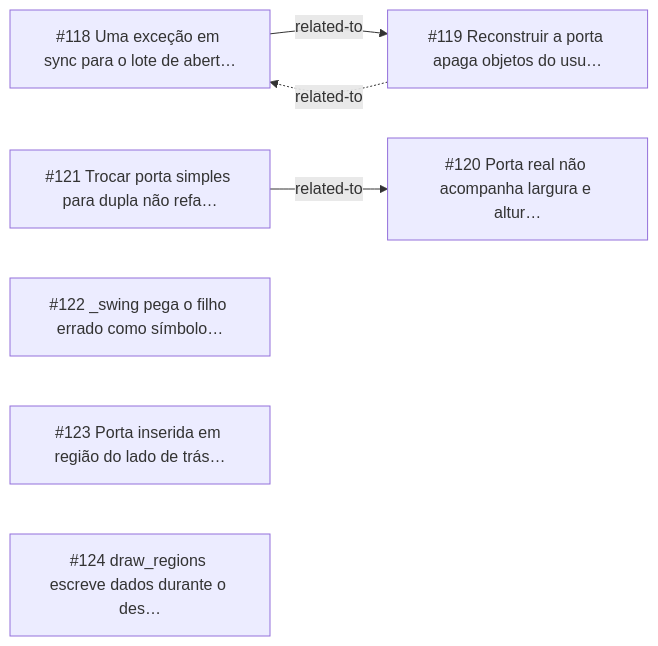
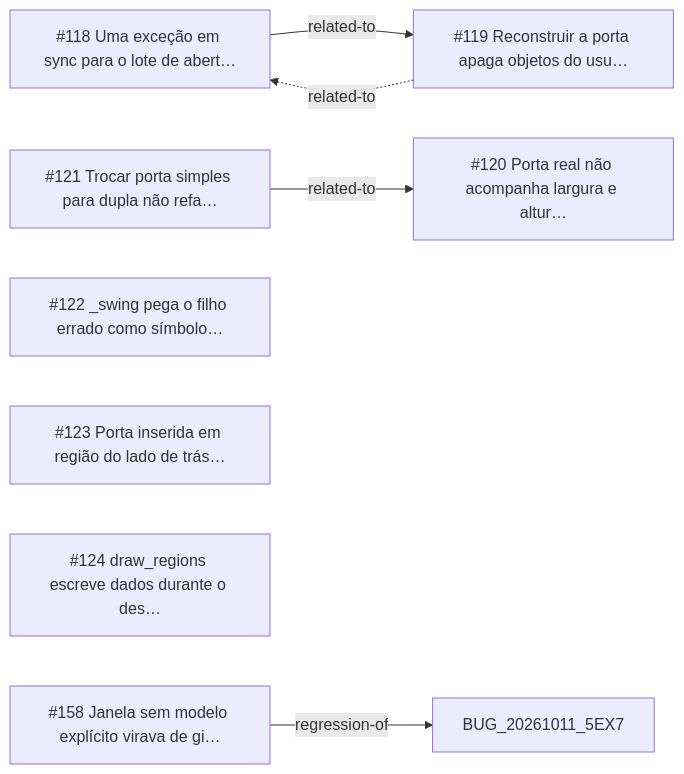
The diagram in _reversa_bugs/openings/generated/graph.md (CAFFDIGITALPLATFORM/caffmob_draw), drawn with Mermaid before and after one commit. The commit also changed other lines of this file and 218 other files, not shown here.

````diff
--- a/_reversa_bugs/openings/generated/graph.md
+++ b/_reversa_bugs/openings/generated/graph.md
@@ -5,13 +5,15 @@
 ```mermaid
 graph LR
   BUG_20261011_A2Z4["#118 Uma exceção em sync para o lote de abert…"]
   BUG_20261011_MMVI["#119 Reconstruir a porta apaga objetos do usu…"]
   BUG_20261011_IDPP["#120 Porta real não acompanha largura e altur…"]
   BUG_20261011_UV6S["#121 Trocar porta simples para dupla não refa…"]
   BUG_20261011_SX4T["#122 _swing pega o filho errado como símbolo…"]
   BUG_20261011_7SNG["#123 Porta inserida em região do lado de trás…"]
   BUG_20261011_D3GC["#124 draw_regions escreve dados durante o des…"]
+  BUG_20261124_8W4D["#158 Janela sem modelo explícito virava de gi…"]
   BUG_20261011_A2Z4 -->|related-to| BUG_20261011_MMVI
   BUG_20261011_MMVI -.->|related-to| BUG_20261011_A2Z4
   BUG_20261011_UV6S -->|related-to| BUG_20261011_IDPP
+  BUG_20261124_8W4D -->|regression-of| BUG_20261011_5EX7
 ```
````
